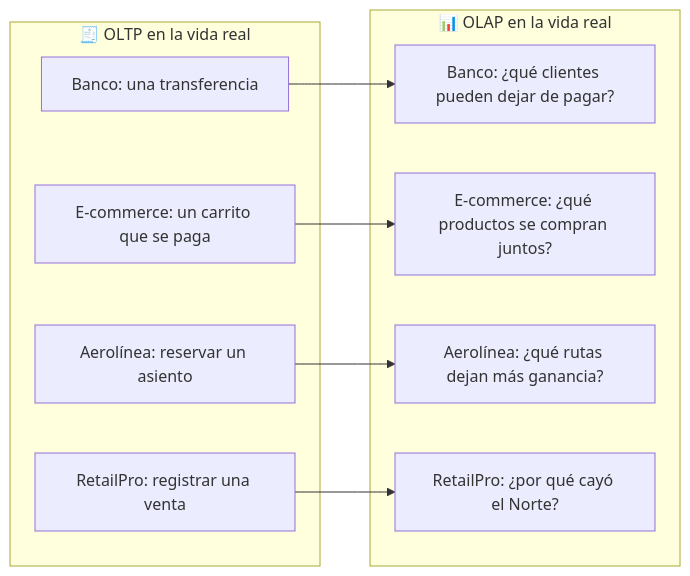
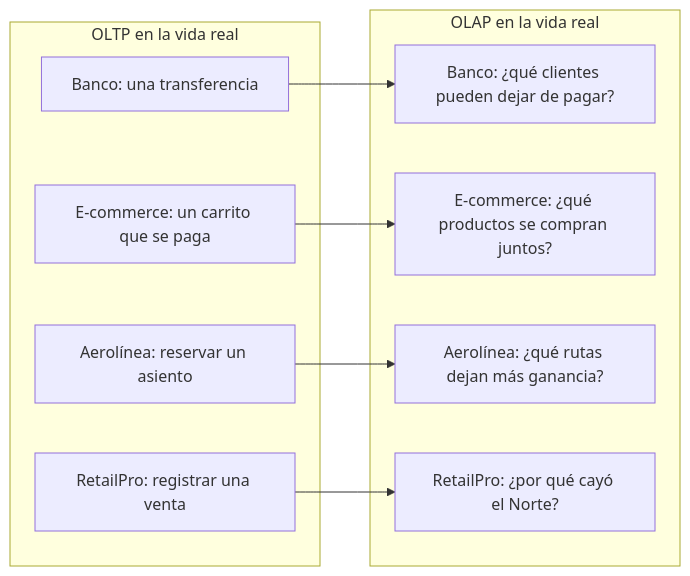
The fourth of 18 diagrams in documentacion/Semana-02-Esquemas-Conceptos.md (leanaraque/data_analytics_2026), drawn with Mermaid before and after one commit. The commit also changed other lines of this file and 109 other files, not shown here.

````diff
--- a/documentacion/Semana-02-Esquemas-Conceptos.md
+++ b/documentacion/Semana-02-Esquemas-Conceptos.md
@@ -72,21 +72,21 @@
 ```mermaid
 flowchart LR
-    subgraph OLTP["🧾 OLTP en la vida real"]
+    subgraph OLTP["OLTP en la vida real"]
         T1["Banco: una transferencia"]
         T2["E-commerce: un carrito que se paga"]
         T3["Aerolínea: reservar un asiento"]
         T4["RetailPro: registrar una venta"]
     end
 
-    subgraph OLAP["📊 OLAP en la vida real"]
+    subgraph OLAP["OLAP en la vida real"]
         P1["Banco: ¿qué clientes pueden dejar de pagar?"]
         P2["E-commerce: ¿qué productos se compran juntos?"]
         P3["Aerolínea: ¿qué rutas dejan más ganancia?"]
         P4["RetailPro: ¿por qué cayó el Norte?"]
     end
 
     T1 --> P1
     T2 --> P2
     T3 --> P3
     T4 --> P4
 ```
````
